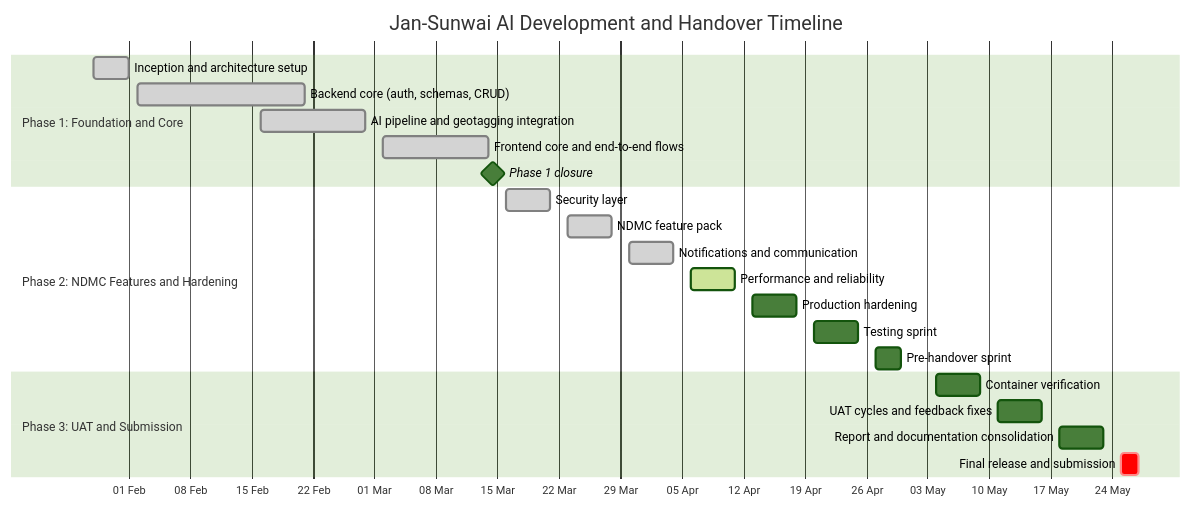
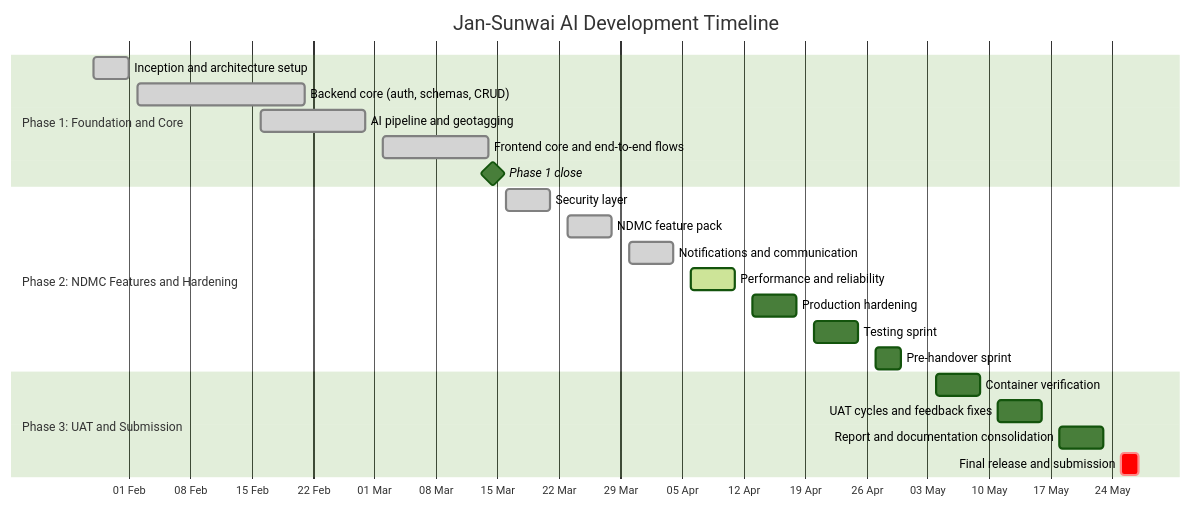
One commit to ark5234/Jan-Sunwai-AI changed the first of 3 diagrams in docs/reports/PROJECT_TIMELINE.md. Above: the diagram before and after it, drawn with Mermaid (forest theme). The commit also changed other lines of this file and 1 other file, not shown here.

Commit message:
docs: enhance README with diagram coverage map for improved documentation clarity

````diff
--- a/docs/reports/PROJECT_TIMELINE.md
+++ b/docs/reports/PROJECT_TIMELINE.md
@@ -13,28 +32,28 @@
 ```mermaid
 gantt
-        title Jan-Sunwai AI Development and Handover Timeline
-        dateFormat  YYYY-MM-DD
-        axisFormat  %d %b
+    title Jan-Sunwai AI Development Timeline
+    dateFormat YYYY-MM-DD
+    axisFormat %d %b
 
-        section Phase 1: Foundation and Core
-        Inception and architecture setup         :done, p1a, 2026-01-28, 2026-02-01
-        Backend core (auth, schemas, CRUD)      :done, p1b, 2026-02-02, 2026-02-21
-        AI pipeline and geotagging integration  :done, p1c, 2026-02-16, 2026-02-28
-        Frontend core and end-to-end flows      :done, p1d, 2026-03-02, 2026-03-14
-        Phase 1 closure                          :milestone, p1m, 2026-03-14, 1d
+    section Phase 1: Foundation and Core
+    Inception and architecture setup            :done, p1a, 2026-01-28, 2026-02-01
+    Backend core (auth, schemas, CRUD)         :done, p1b, 2026-02-02, 2026-02-21
+    AI pipeline and geotagging                 :done, p1c, 2026-02-16, 2026-02-28
+    Frontend core and end-to-end flows         :done, p1d, 2026-03-02, 2026-03-14
+    Phase 1 close                               :milestone, p1m, 2026-03-14, 1d
 
-        section Phase 2: NDMC Features and Hardening
-        Security layer                            :done, p2a, 2026-03-16, 2026-03-21
-        NDMC feature pack                         :done, p2b, 2026-03-23, 2026-03-28
-        Notifications and communication           :done, p2c, 2026-03-30, 2026-04-04
-        Performance and reliability               :active, p2d, 2026-04-06, 2026-04-11
-        Production hardening                      :p2e, 2026-04-13, 2026-04-18
-        Testing sprint                            :p2f, 2026-04-20, 2026-04-25
-        Pre-handover sprint                       :p2g, 2026-04-27, 2026-04-30
+    section Phase 2: NDMC Features and Hardening
+    Security layer                              :done, p2a, 2026-03-16, 2026-03-21
+    NDMC feature pack                           :done, p2b, 2026-03-23, 2026-03-28
+    Notifications and communication             :done, p2c, 2026-03-30, 2026-04-04
+    Performance and reliability                 :active, p2d, 2026-04-06, 2026-04-11
+    Production hardening                        :p2e, 2026-04-13, 2026-04-18
+    Testing sprint                              :p2f, 2026-04-20, 2026-04-25
+    Pre-handover sprint                         :p2g, 2026-04-27, 2026-04-30
 
-        section Phase 3: UAT and Submission
-        Container verification                    :p3a, 2026-05-04, 2026-05-09
-        UAT cycles and feedback fixes             :p3b, 2026-05-11, 2026-05-16
-        Report and documentation consolidation    :p3c, 2026-05-18, 2026-05-23
-        Final release and submission              :crit, p3d, 2026-05-25, 2026-05-27
+    section Phase 3: UAT and Submission
+    Container verification                      :p3a, 2026-05-04, 2026-05-09
+    UAT cycles and feedback fixes               :p3b, 2026-05-11, 2026-05-16
+    Report and documentation consolidation      :p3c, 2026-05-18, 2026-05-23
+    Final release and submission                :crit, p3d, 2026-05-25, 2026-05-27
 ```
````
